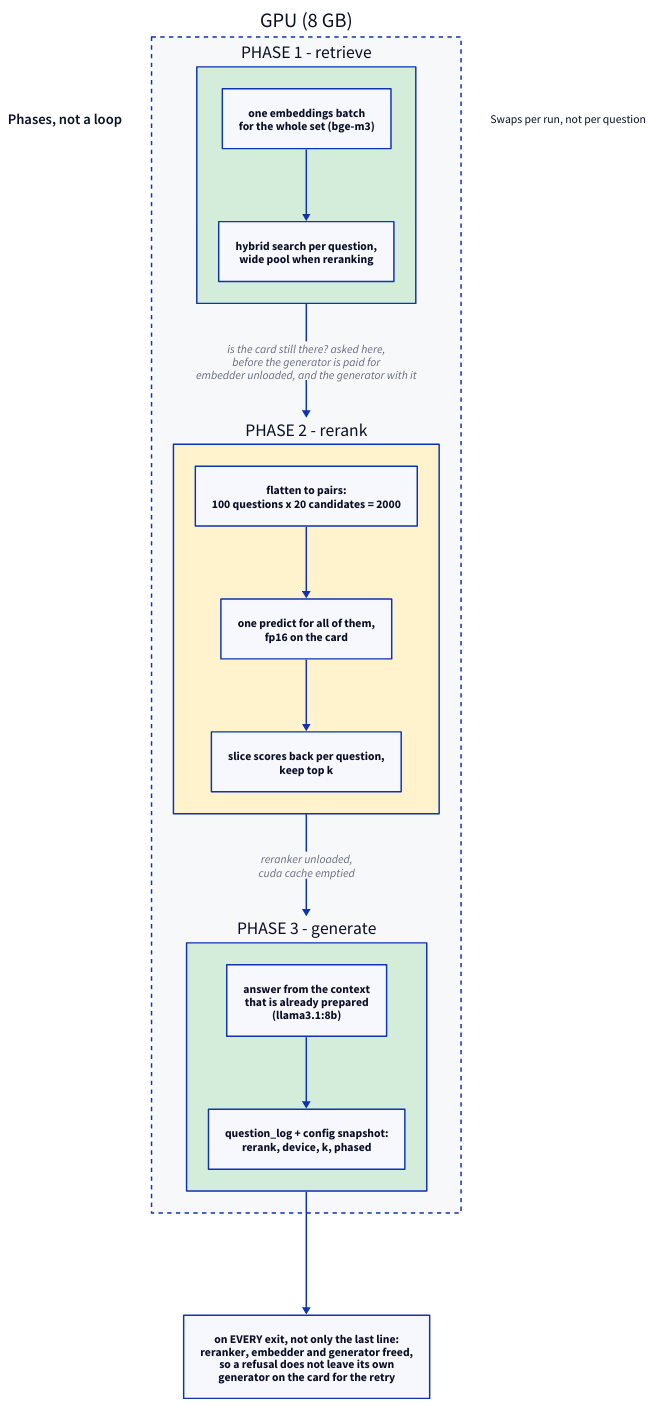
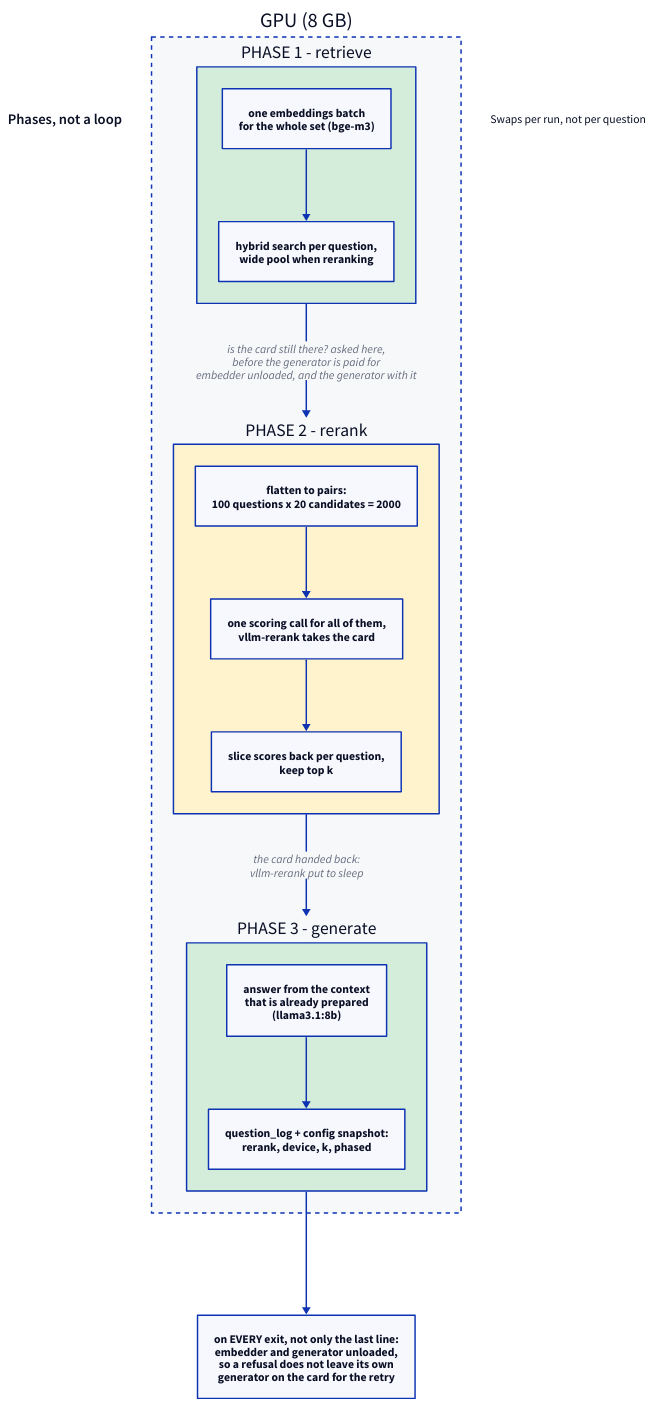
One commit to rikitikitav1/rag-lab changed the diagram in docs/diagrams/phased_run.d2. Above: the diagram before and after it, drawn with D2. The commit also changed 8 other files, not shown here.

```diff
--- a/docs/diagrams/phased_run.d2
+++ b/docs/diagrams/phased_run.d2
@@ -1,48 +1,48 @@
 direction: down
 
 title: |md
   ### Phases, not a loop
 |
 
 card: GPU (8 GB) {
   style.stroke-dash: 3
   style.fill: "#f6f8fa"
 
   p1: "PHASE 1 - retrieve" {
     style.fill: "#d4edda"
     embed: "one embeddings batch\nfor the whole set (bge-m3)"
     search: "hybrid search per question,\nwide pool when reranking"
     embed -> search
   }
 
   p2: "PHASE 2 - rerank" {
     style.fill: "#fff3cd"
     flat: "flatten to pairs:\n100 questions x 20 candidates = 2000"
-    once: "one predict for all of them,\nfp16 on the card"
+    once: "one scoring call for all of them,\nvllm-rerank takes the card"
     back: "slice scores back per question,\nkeep top k"
     flat -> once -> back
   }
 
   p3: "PHASE 3 - generate" {
     style.fill: "#d4edda"
     gen: "answer from the context\nthat is already prepared\n(llama3.1:8b)"
     logrow: "question_log + config snapshot:\nrerank, device, k, phased"
     gen -> logrow
   }
 
   p1 -> p2: "is the card still there? asked here,\nbefore the generator is paid for\nembedder unloaded, and the generator with it" {
     style.stroke-width: 2
   }
-  p2 -> p3: "reranker unloaded,\ncuda cache emptied" {
+  p2 -> p3: "the card handed back:\nvllm-rerank put to sleep" {
     style.stroke-width: 2
   }
 }
 
-done: "on EVERY exit, not only the last line:\nreranker, embedder and generator freed,\nso a refusal does not leave its own\ngenerator on the card for the retry"
+done: "on EVERY exit, not only the last line:\nembedder and generator unloaded,\nso a refusal does not leave its own\ngenerator on the card for the retry"
 
 card.p3 -> done
 
 note: |md
   Swaps per run,
   not per question
 |
```
